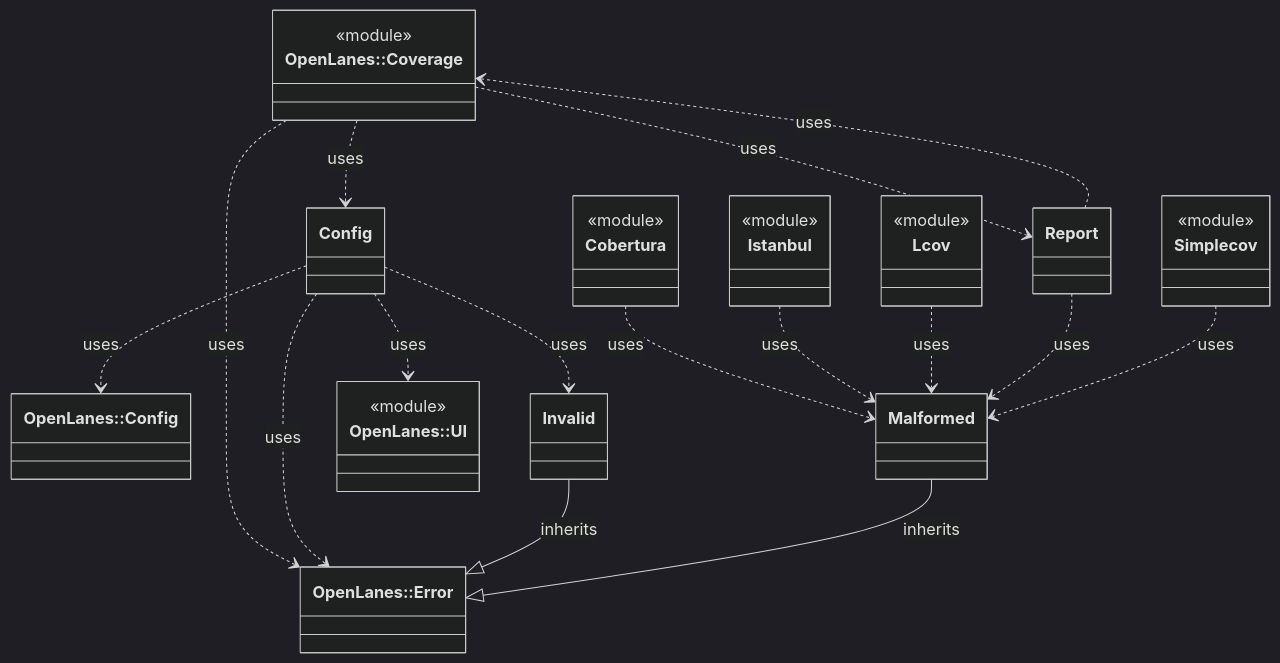
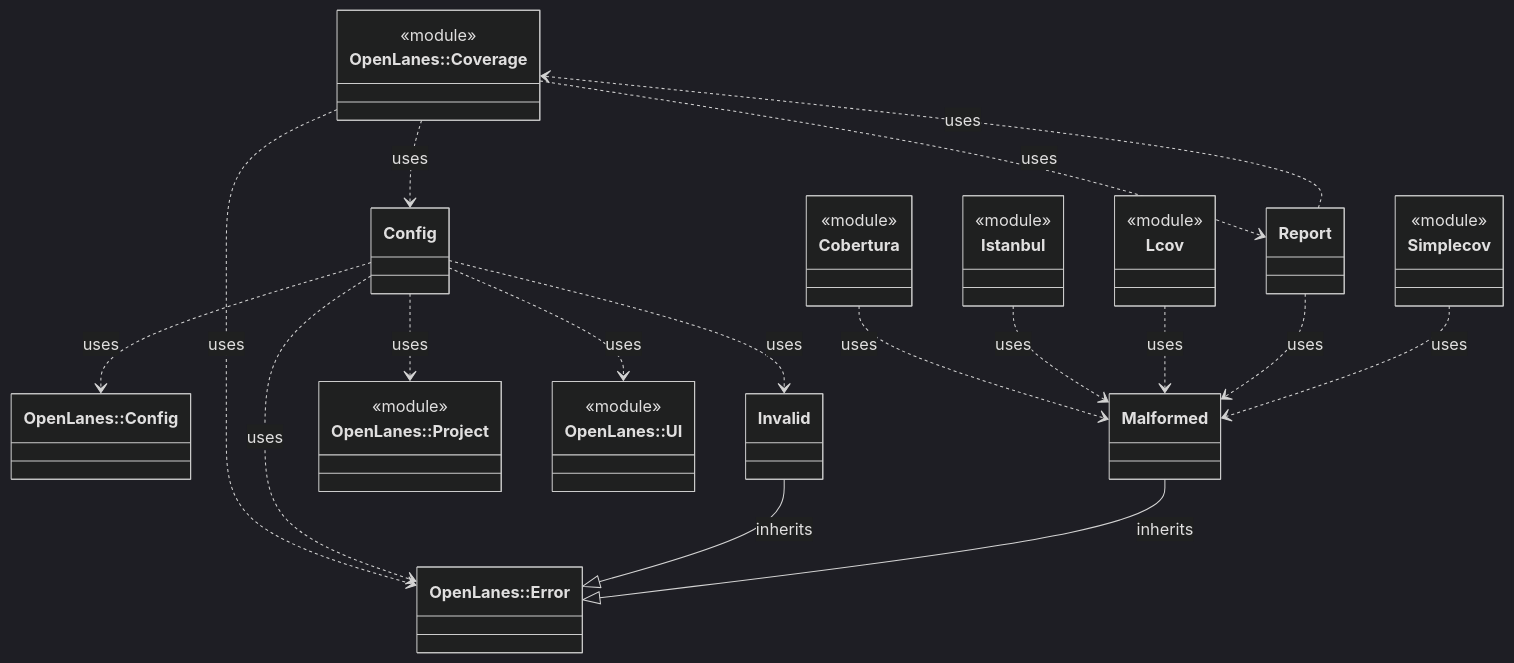
One commit to kigster/openlanes changed the diagram in docs/architecture/openlanes-coverage.md. Above: the diagram before and after it, drawn with Mermaid (dark theme). The commit also changed 99 other files, not shown here.

````diff
--- a/docs/architecture/openlanes-coverage.md
+++ b/docs/architecture/openlanes-coverage.md
@@ -5,36 +5,39 @@
 ```mermaid
 classDiagram
   class OpenLanes__Config["OpenLanes::Config"]
   class OpenLanes__Coverage["OpenLanes::Coverage"]
   <<module>> OpenLanes__Coverage
   class OpenLanes__Coverage__Cobertura["Cobertura"]
   <<module>> OpenLanes__Coverage__Cobertura
   class OpenLanes__Coverage__Config["Config"]
   class OpenLanes__Coverage__Invalid["Invalid"]
   class OpenLanes__Coverage__Istanbul["Istanbul"]
   <<module>> OpenLanes__Coverage__Istanbul
   class OpenLanes__Coverage__Lcov["Lcov"]
   <<module>> OpenLanes__Coverage__Lcov
   class OpenLanes__Coverage__Malformed["Malformed"]
   class OpenLanes__Coverage__Report["Report"]
   class OpenLanes__Coverage__Simplecov["Simplecov"]
   <<module>> OpenLanes__Coverage__Simplecov
   class OpenLanes__Error["OpenLanes::Error"]
+  class OpenLanes__Project["OpenLanes::Project"]
+  <<module>> OpenLanes__Project
   class OpenLanes__UI["OpenLanes::UI"]
   <<module>> OpenLanes__UI
   OpenLanes__Coverage ..> OpenLanes__Coverage__Config : uses
   OpenLanes__Coverage ..> OpenLanes__Coverage__Report : uses
   OpenLanes__Coverage ..> OpenLanes__Error : uses
   OpenLanes__Coverage__Cobertura ..> OpenLanes__Coverage__Malformed : uses
   OpenLanes__Coverage__Config ..> OpenLanes__Config : uses
   OpenLanes__Coverage__Config ..> OpenLanes__Coverage__Invalid : uses
   OpenLanes__Coverage__Config ..> OpenLanes__Error : uses
+  OpenLanes__Coverage__Config ..> OpenLanes__Project : uses
   OpenLanes__Coverage__Config ..> OpenLanes__UI : uses
   OpenLanes__Coverage__Invalid --|> OpenLanes__Error : inherits
   OpenLanes__Coverage__Istanbul ..> OpenLanes__Coverage__Malformed : uses
   OpenLanes__Coverage__Lcov ..> OpenLanes__Coverage__Malformed : uses
   OpenLanes__Coverage__Malformed --|> OpenLanes__Error : inherits
   OpenLanes__Coverage__Report ..> OpenLanes__Coverage : uses
   OpenLanes__Coverage__Report ..> OpenLanes__Coverage__Malformed : uses
   OpenLanes__Coverage__Simplecov ..> OpenLanes__Coverage__Malformed : uses
 ```
````
